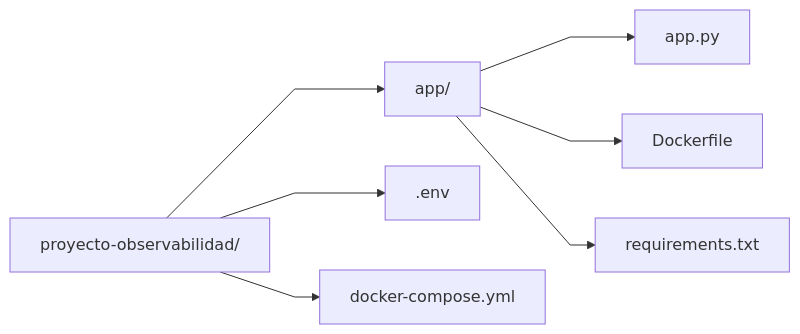
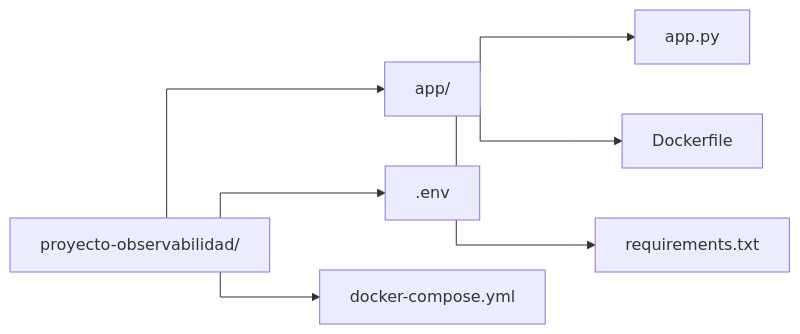
Before and after one commit to albmart2/proyecto-observabilidad: the first of 2 diagrams in README.md, drawn with Mermaid.

````diff
--- a/README.md
+++ b/README.md
@@ -15,11 +15,11 @@
 ```mermaid
-%%{init: {'flowchart': {'curve': 'linear'}}}%%
+%%{init: {'flowchart': {'curve': 'stepBefore'}}}%%
 graph LR
 A[proyecto-observabilidad/]
 A --> B[app/]
 B --> B1[app.py]
 B --> B2[Dockerfile]
 B --> B3[requirements.txt]
 A --> C[.env]
 A --> D[docker-compose.yml]
 ```
````
